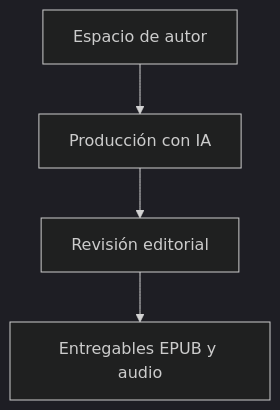
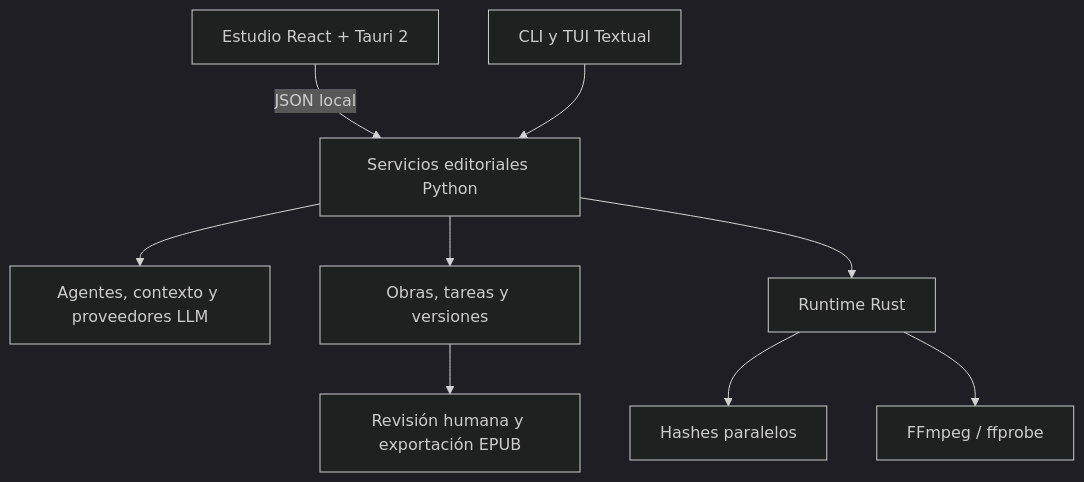
The diagram in docs/ARQUITECTURA.md (calinrus-dev/morgenstern-showcase), drawn with Mermaid (dark theme) before and after one commit. The commit also changed other lines of this file and 9 other files, not shown here.

````diff
--- a/docs/ARQUITECTURA.md
+++ b/docs/ARQUITECTURA.md
@@ -15,6 +13,11 @@
 ```mermaid
 flowchart TD
-    A["Espacio de autor"] --> B["Producción con IA"]
-    B --> C["Revisión editorial"]
-    C --> D["Entregables EPUB y audio"]
+    A["Estudio React + Tauri 2"] -->|"JSON local"| B["Servicios editoriales Python"]
+    C["CLI y TUI Textual"] --> B
+    B --> D["Agentes, contexto y proveedores LLM"]
+    B --> E["Obras, tareas y versiones"]
+    B --> F["Runtime Rust"]
+    F --> G["Hashes paralelos"]
+    F --> H["FFmpeg / ffprobe"]
+    E --> I["Revisión humana y exportación EPUB"]
 ```
````
